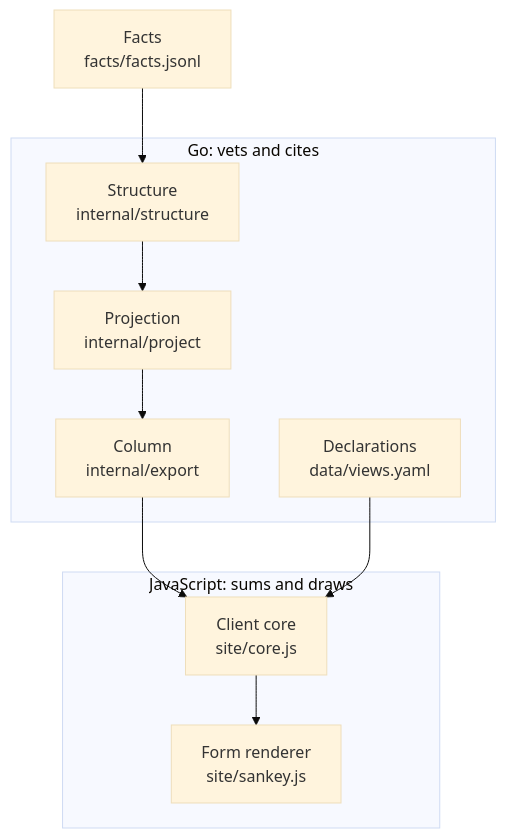
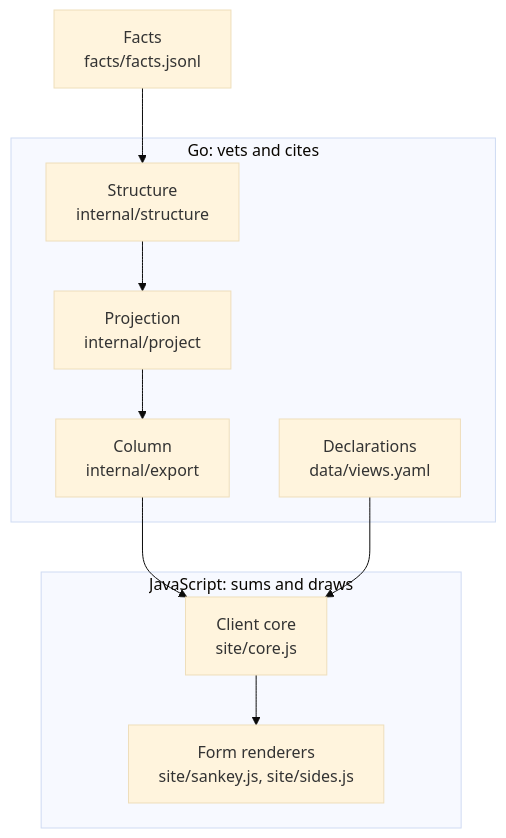
One commit to jcrussell/livermore-budget changed the diagram in docs/design/chart-model.md. Above: the diagram before and after it, drawn with Mermaid (base theme). The commit also changed other lines of this file and 14 other files, not shown here.

````diff
--- a/docs/design/chart-model.md
+++ b/docs/design/chart-model.md
@@ -7,23 +7,23 @@
 ```mermaid
 flowchart TD
   facts["Facts<br/>facts/facts.jsonl"]
   structure["Structure<br/>internal/structure"]
   projection["Projection<br/>internal/project"]
   column["Column<br/>internal/export"]
   decl["Declarations<br/>data/views.yaml"]
   core["Client core<br/>site/core.js"]
-  form["Form renderer<br/>site/sankey.js"]
+  form["Form renderers<br/>site/sankey.js, site/sides.js"]
   facts --> structure --> projection --> column --> core
   decl --> core
   core --> form
   subgraph go["Go: vets and cites"]
     structure
     projection
     column
     decl
   end
   subgraph js["JavaScript: sums and draws"]
     core
     form
   end
 ```
````
